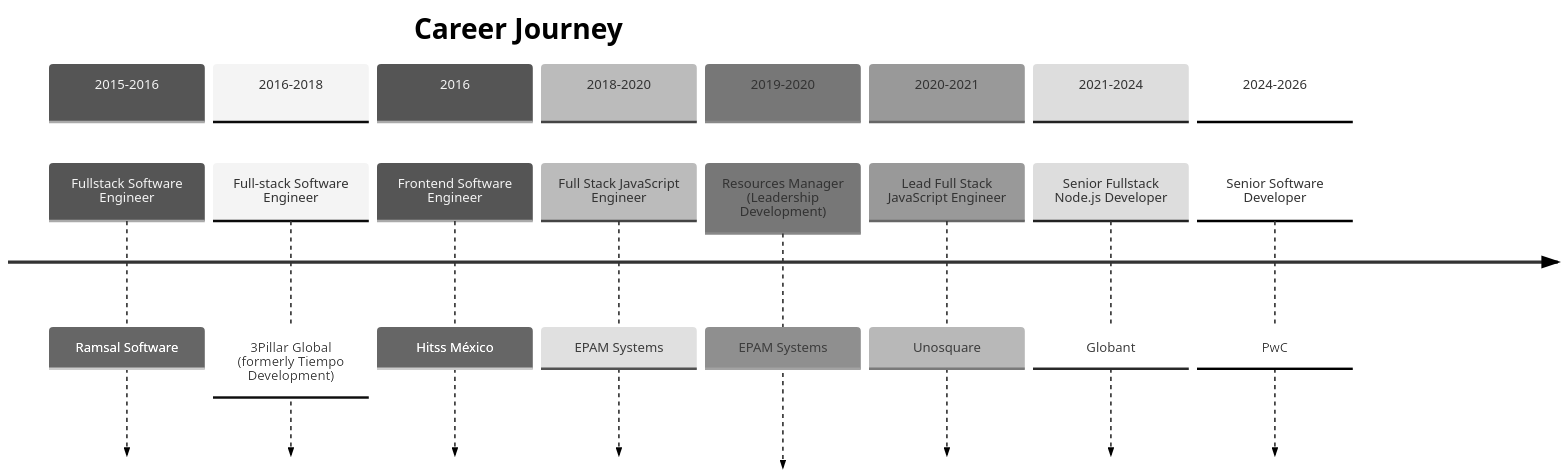
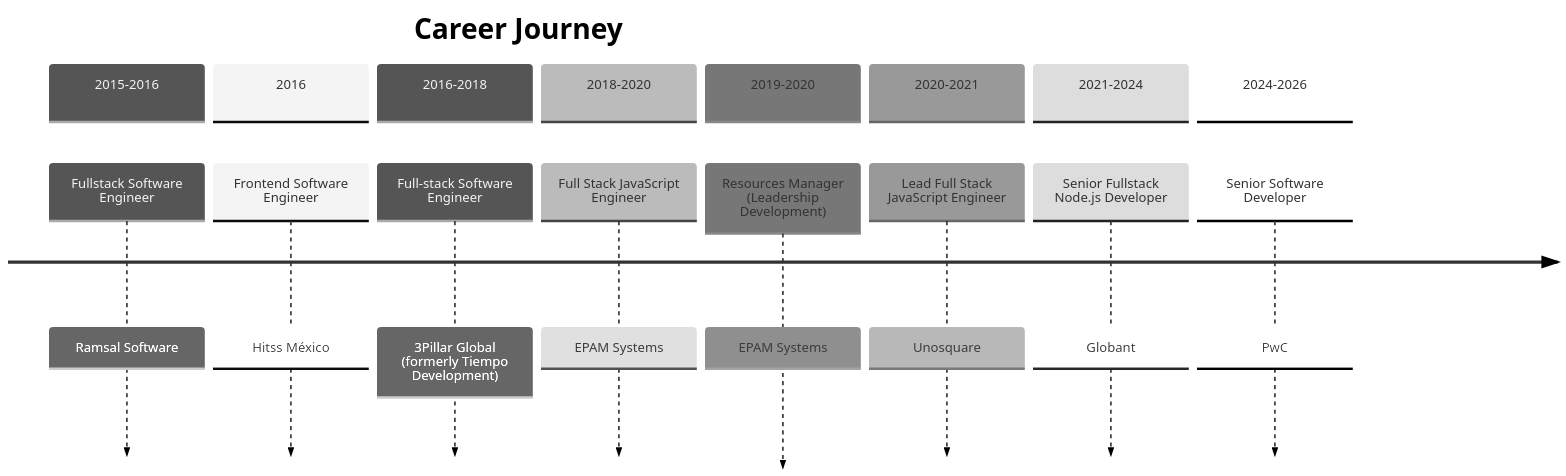
The first of 2 diagrams in README.md (virgenherrera/virgenherrera), drawn with Mermaid (neutral theme) before and after one commit. The commit also changed other lines of this file and 3 other files, not shown here.

First line of the commit message:
feat(app-readme): shields.io badges, skills table, full summary, timeline fix

````diff
--- a/README.md
+++ b/README.md
@@ -9,20 +11,20 @@
 ```mermaid
 timeline
     title Career Journey
     section 2015-2016
         Fullstack Software Engineer : Ramsal Software
+    section 2016
+        Frontend Software Engineer : Hitss México
     section 2016-2018
         Full-stack Software Engineer : 3Pillar Global (formerly Tiempo Development)
-    section 2016
-        Frontend Software Engineer : Hitss México
     section 2018-2020
         Full Stack JavaScript Engineer : EPAM Systems
     section 2019-2020
         Resources Manager (Leadership Development) : EPAM Systems
     section 2020-2021
         Lead Full Stack JavaScript Engineer : Unosquare
     section 2021-2024
         Senior Fullstack Node.js Developer : Globant
     section 2024-2026
         Senior Software Developer : PwC
 ```
````
